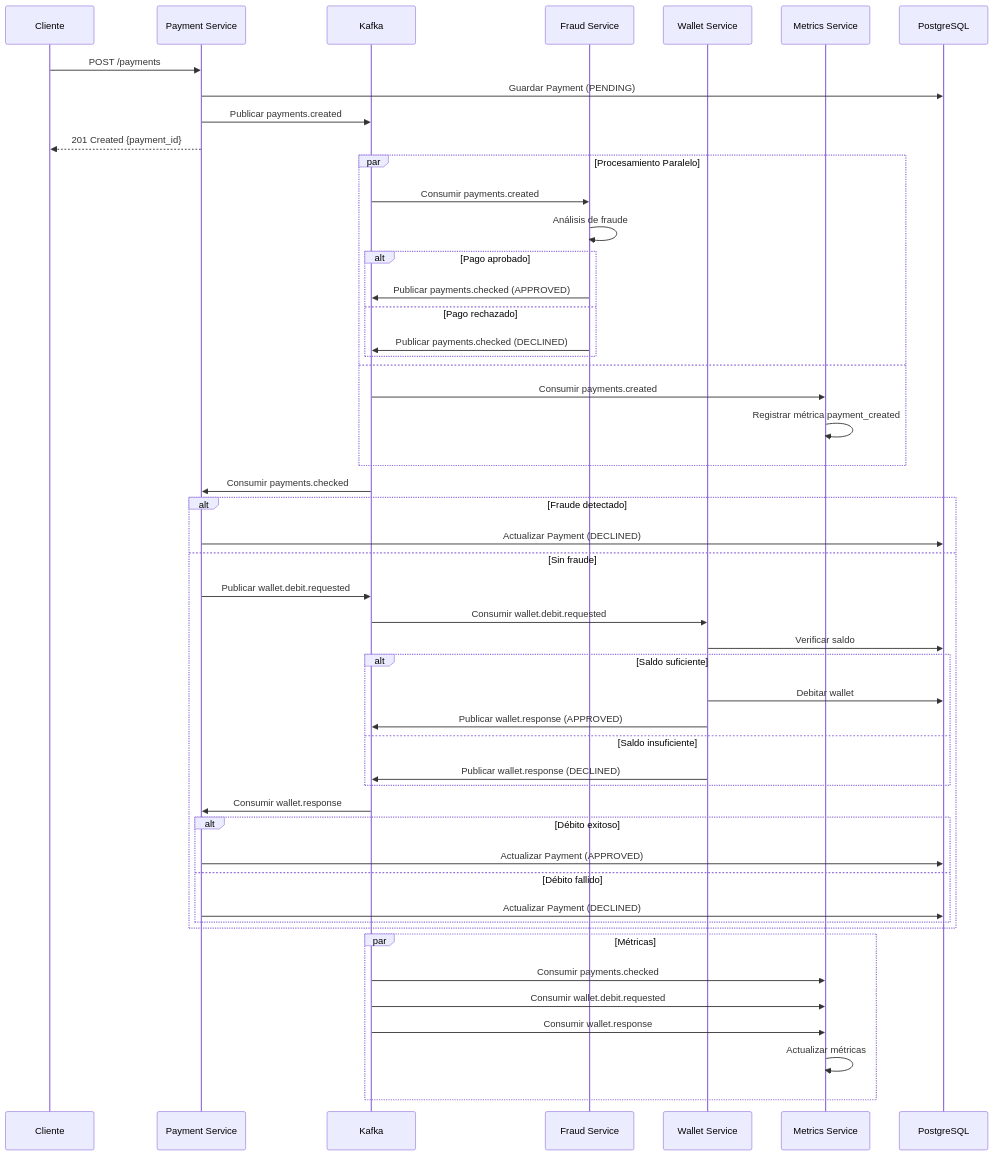
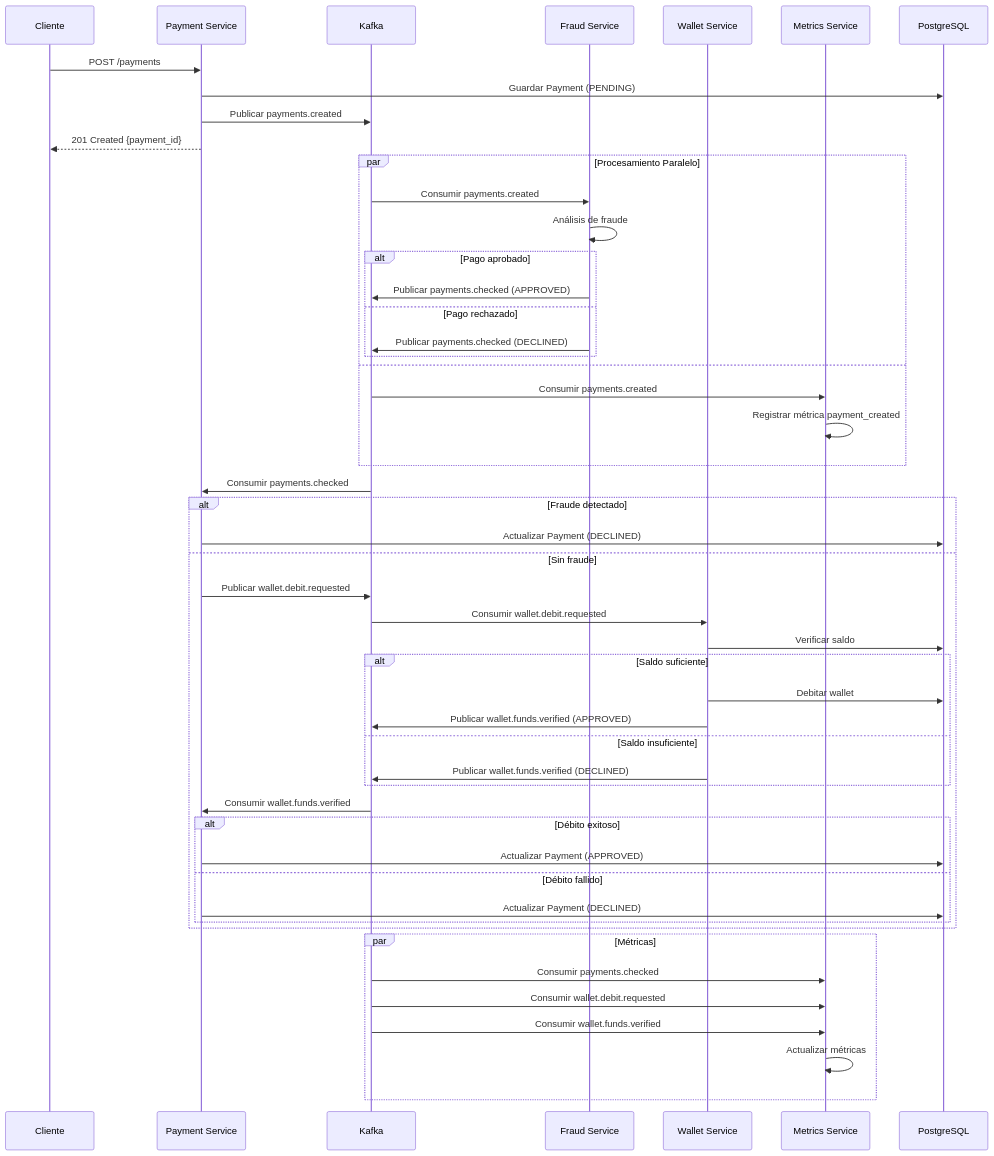
Before and after one commit to jeffleon2/draftea: the second of 8 diagrams in README.md, drawn with Mermaid. The commit also changed other lines of this file and 8 other files, not shown here.

Commit message:
updating event publisher for wallet funds

````diff
--- a/README.md
+++ b/README.md
@@ -88,60 +88,60 @@
 ```mermaid
 sequenceDiagram
     participant C as Cliente
     participant PS as Payment Service
     participant K as Kafka
     participant FS as Fraud Service
     participant WS as Wallet Service
     participant MS as Metrics Service
     participant DB as PostgreSQL
     
     C->>PS: POST /payments
     PS->>DB: Guardar Payment (PENDING)
     PS->>K: Publicar payments.created
     PS-->>C: 201 Created {payment_id}
     
     par Procesamiento Paralelo
         K->>FS: Consumir payments.created
         FS->>FS: Análisis de fraude
         alt Pago aprobado
             FS->>K: Publicar payments.checked (APPROVED)
         else Pago rechazado
             FS->>K: Publicar payments.checked (DECLINED)
         end
     and
         K->>MS: Consumir payments.created
         MS->>MS: Registrar métrica payment_created
     end
     
     K->>PS: Consumir payments.checked
     
     alt Fraude detectado
         PS->>DB: Actualizar Payment (DECLINED)
     else Sin fraude
         PS->>K: Publicar wallet.debit.requested
         K->>WS: Consumir wallet.debit.requested
         WS->>DB: Verificar saldo
         
         alt Saldo suficiente
             WS->>DB: Debitar wallet
-            WS->>K: Publicar wallet.response (APPROVED)
+            WS->>K: Publicar wallet.funds.verified (APPROVED)
         else Saldo insuficiente
-            WS->>K: Publicar wallet.response (DECLINED)
+            WS->>K: Publicar wallet.funds.verified (DECLINED)
         end
         
-        K->>PS: Consumir wallet.response
+        K->>PS: Consumir wallet.funds.verified
         
         alt Débito exitoso
             PS->>DB: Actualizar Payment (APPROVED)
         else Débito fallido
             PS->>DB: Actualizar Payment (DECLINED)
         end
     end
     
     par Métricas
         K->>MS: Consumir payments.checked
         K->>MS: Consumir wallet.debit.requested
-        K->>MS: Consumir wallet.response
+        K->>MS: Consumir wallet.funds.verified
         MS->>MS: Actualizar métricas
     end
 ```
````
